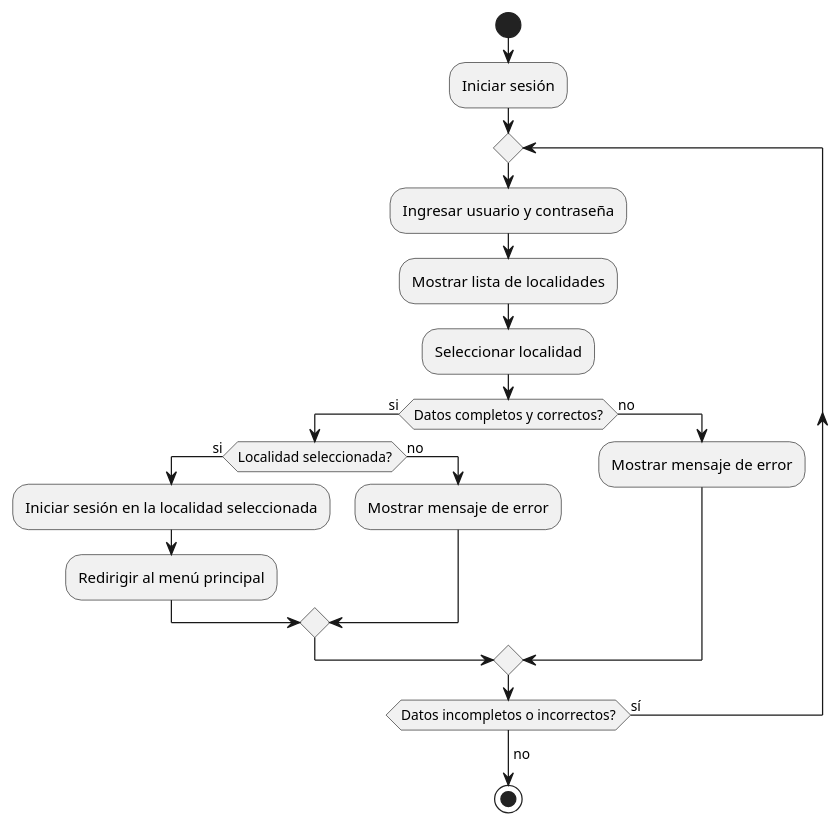
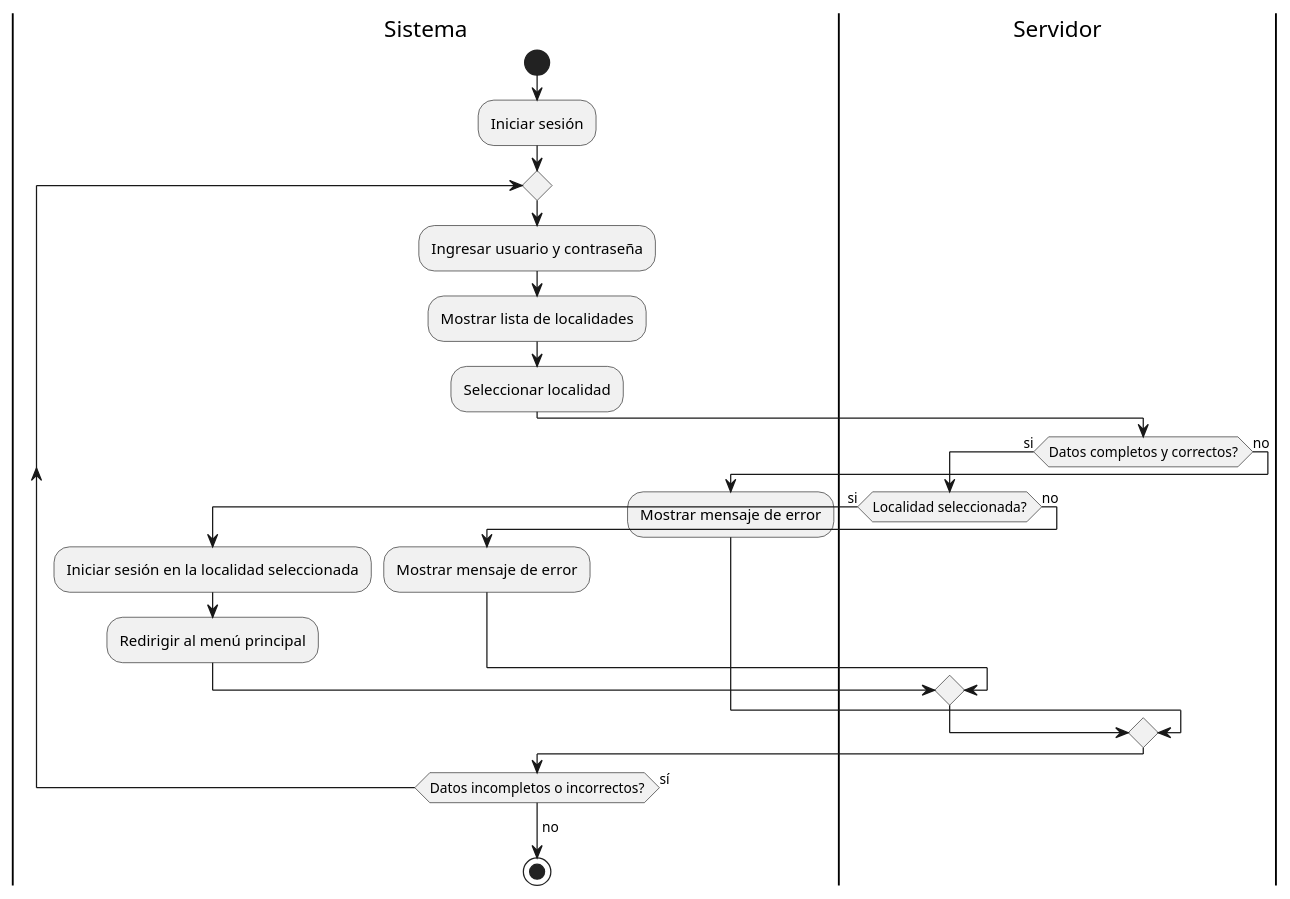
The diagram in Análisis y Diseño/Proyectos/Proyecto final/Diagramas/Casos de uso/Login.wsd (PabloCoti/apuntes_url), drawn with PlantUML before and after one commit. The commit also changed 19 other files, not shown here.

```diff
--- a/Análisis y Diseño/Proyectos/Proyecto final/Diagramas/Casos de uso/Login.wsd
+++ b/Análisis y Diseño/Proyectos/Proyecto final/Diagramas/Casos de uso/Login.wsd
@@ -1,23 +1,26 @@
 @startuml Login
 
+|Sistema|
 start
 :Iniciar sesión;
 repeat
     :Ingresar usuario y contraseña;
     :Mostrar lista de localidades;
     :Seleccionar localidad;
+    |Servidor|
     if (Datos completos y correctos?) then (si)
         if (Localidad seleccionada?) then (si)
+            |Sistema|
             :Iniciar sesión en la localidad seleccionada;
             :Redirigir al menú principal;
         else (no)
             :Mostrar mensaje de error;
         endif
     else (no)
         :Mostrar mensaje de error;
     endif
 repeat while (Datos incompletos o incorrectos?) is (sí)
 ->no;
 stop
 
 @enduml
```
